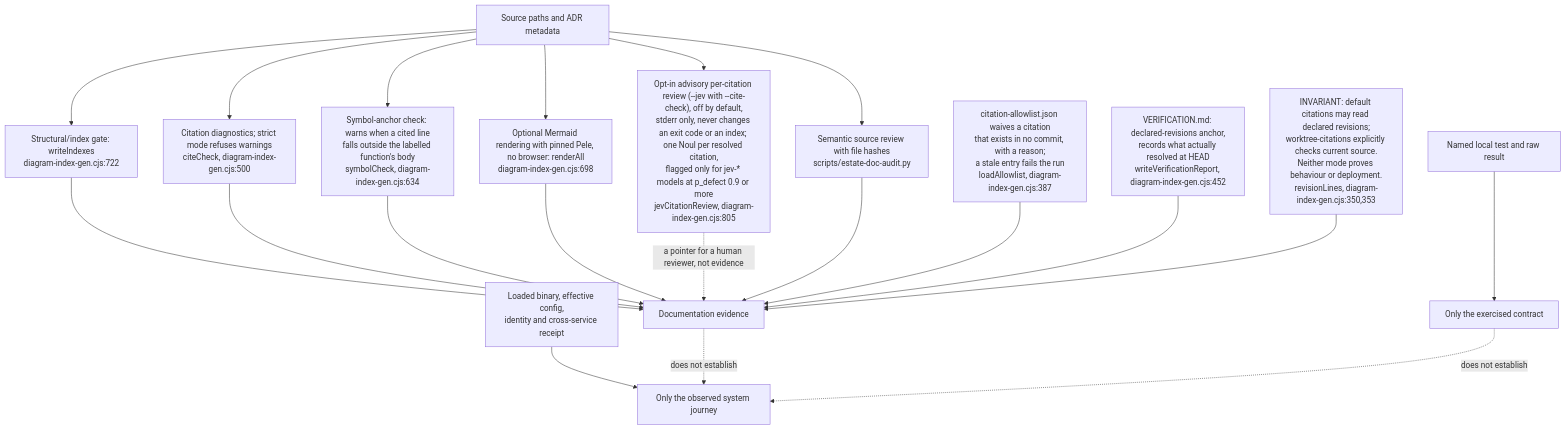
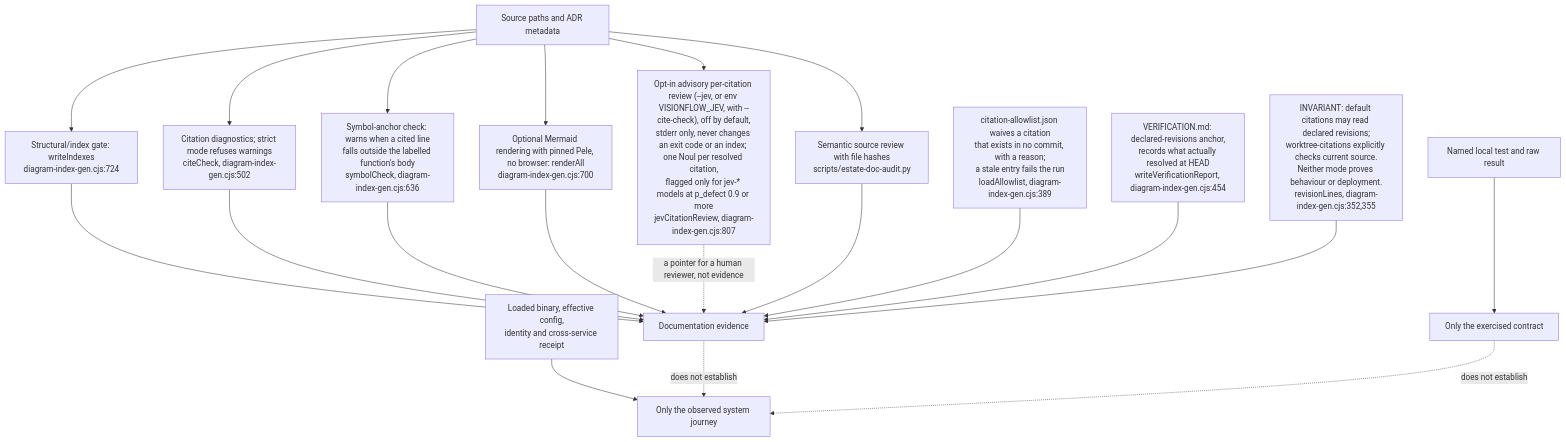
The fifth of 5 diagrams in docs/diagrams/estate/90-evidence-and-supporting-repositories.md (DreamLab-AI/VisionFlow), drawn with Mermaid before and after one commit. The commit also changed other lines of this file and 91 other files, not shown here.

````diff
--- a/docs/diagrams/estate/90-evidence-and-supporting-repositories.md
+++ b/docs/diagrams/estate/90-evidence-and-supporting-repositories.md
@@ -106,22 +107,22 @@
 ```mermaid
 flowchart TB
-    F["Source paths and ADR metadata"] --> G["Structural/index gate: writeIndexes<br/>diagram-index-gen.cjs:722"]
-    F --> C["Citation diagnostics; strict mode refuses warnings<br/>citeCheck, diagram-index-gen.cjs:500"]
-    F --> SYM["Symbol-anchor check: warns when a cited line<br/>falls outside the labelled function's body<br/>symbolCheck, diagram-index-gen.cjs:634"]
-    F --> JEV["Opt-in advisory per-citation review (--jev with --cite-check), off by default,<br/>stderr only, never changes an exit code or an index; one Noul per resolved citation,<br/>flagged only for jev-* models at p_defect 0.9 or more<br/>jevCitationReview, diagram-index-gen.cjs:805"]
-    F --> R["Optional Mermaid rendering with pinned Pele, no browser: renderAll<br/>diagram-index-gen.cjs:698"]
+    F["Source paths and ADR metadata"] --> G["Structural/index gate: writeIndexes<br/>diagram-index-gen.cjs:724"]
+    F --> C["Citation diagnostics; strict mode refuses warnings<br/>citeCheck, diagram-index-gen.cjs:502"]
+    F --> SYM["Symbol-anchor check: warns when a cited line<br/>falls outside the labelled function's body<br/>symbolCheck, diagram-index-gen.cjs:636"]
+    F --> JEV["Opt-in advisory per-citation review (--jev, or env VISIONFLOW_JEV, with --cite-check), off by default,<br/>stderr only, never changes an exit code or an index; one Noul per resolved citation,<br/>flagged only for jev-* models at p_defect 0.9 or more<br/>jevCitationReview, diagram-index-gen.cjs:807"]
+    F --> R["Optional Mermaid rendering with pinned Pele, no browser: renderAll<br/>diagram-index-gen.cjs:700"]
     F --> S["Semantic source review with file hashes<br/>scripts/estate-doc-audit.py"]
     G --> DOC["Documentation evidence"]
     C --> DOC
     SYM --> DOC
     R --> DOC
     JEV -.->|"a pointer for a human reviewer, not evidence"| DOC
     S --> DOC
-    ALLOW["citation-allowlist.json waives a citation<br/>that exists in no commit, with a reason;<br/>a stale entry fails the run<br/>loadAllowlist, diagram-index-gen.cjs:387"] --> DOC
-    VER["VERIFICATION.md: declared-revisions anchor,<br/>records what actually resolved at HEAD<br/>writeVerificationReport, diagram-index-gen.cjs:452"] --> DOC
+    ALLOW["citation-allowlist.json waives a citation<br/>that exists in no commit, with a reason;<br/>a stale entry fails the run<br/>loadAllowlist, diagram-index-gen.cjs:389"] --> DOC
+    VER["VERIFICATION.md: declared-revisions anchor,<br/>records what actually resolved at HEAD<br/>writeVerificationReport, diagram-index-gen.cjs:454"] --> DOC
     TEST["Named local test and raw result"] --> LOCAL["Only the exercised contract"]
     RUN["Loaded binary, effective config,<br/>identity and cross-service receipt"] --> ACCEPT["Only the observed system journey"]
     DOC -.->|"does not establish"| ACCEPT
     LOCAL -.->|"does not establish"| ACCEPT
-    NOTE["INVARIANT: default citations may read declared revisions;<br/>worktree-citations explicitly checks current source.<br/>Neither mode proves behaviour or deployment.<br/>revisionLines, diagram-index-gen.cjs:350,353"] --> DOC
+    NOTE["INVARIANT: default citations may read declared revisions;<br/>worktree-citations explicitly checks current source.<br/>Neither mode proves behaviour or deployment.<br/>revisionLines, diagram-index-gen.cjs:352,355"] --> DOC
 ```
````
